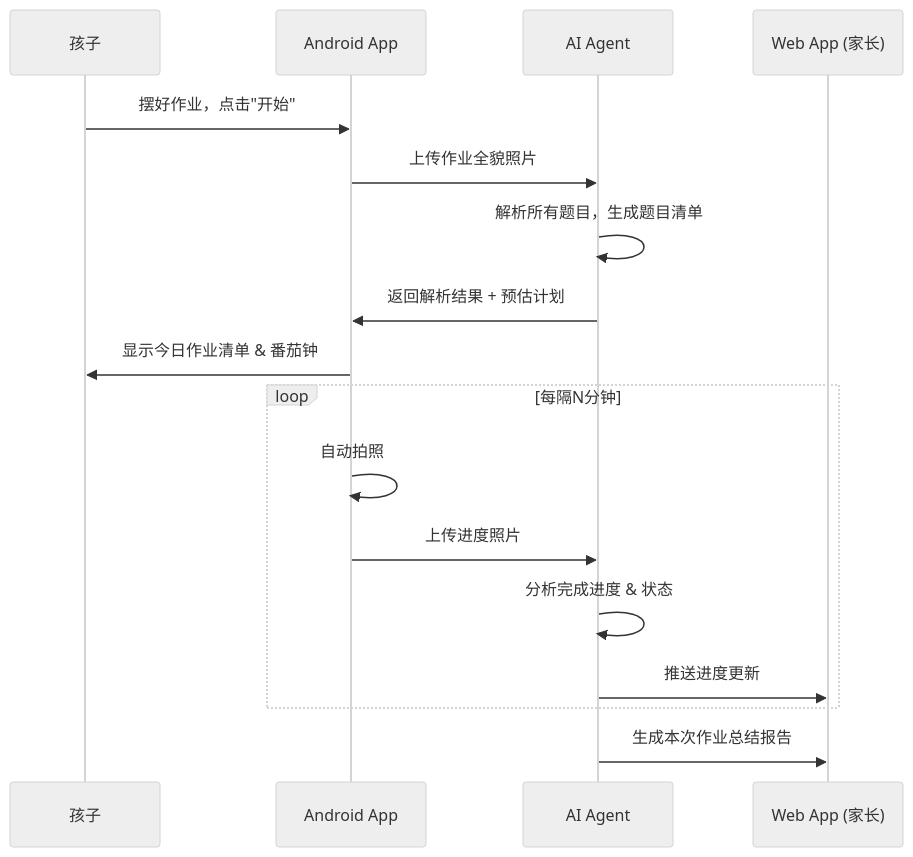
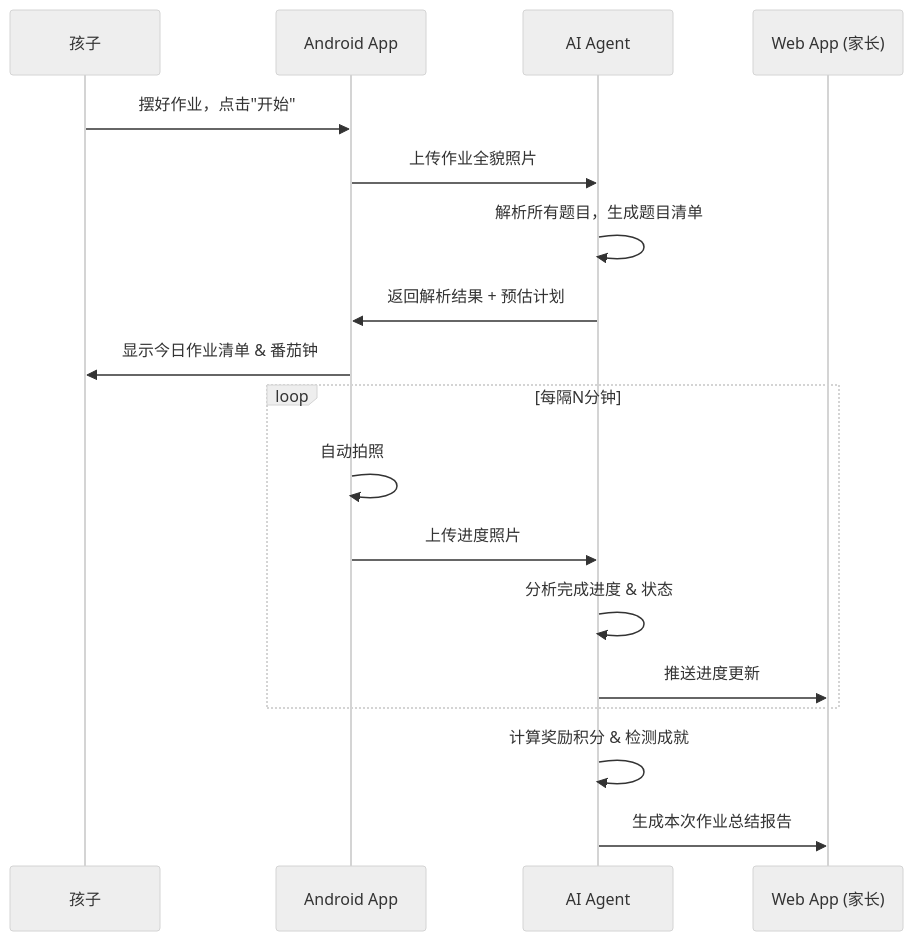
Before and after one commit to stand8one/mobhomework: the diagram in product_spec.md, drawn with Mermaid (neutral theme). The commit also changed other lines of this file and 42 other files, not shown here.

````diff
--- a/product_spec.md
+++ b/product_spec.md
@@ -27,22 +28,23 @@
 ```mermaid
 sequenceDiagram
     participant 孩子
     participant Android as Android App
     participant Agent as AI Agent
     participant Web as Web App (家长)
 
     孩子->>Android: 摆好作业，点击"开始"
     Android->>Agent: 上传作业全貌照片
     Agent->>Agent: 解析所有题目，生成题目清单
     Agent->>Android: 返回解析结果 + 预估计划
     Android->>孩子: 显示今日作业清单 & 番茄钟
 
     loop 每隔N分钟
         Android->>Android: 自动拍照
         Android->>Agent: 上传进度照片
         Agent->>Agent: 分析完成进度 & 状态
         Agent->>Web: 推送进度更新
     end
 
+    Agent->>Agent: 计算奖励积分 & 检测成就
     Agent->>Web: 生成本次作业总结报告
 ```
````
